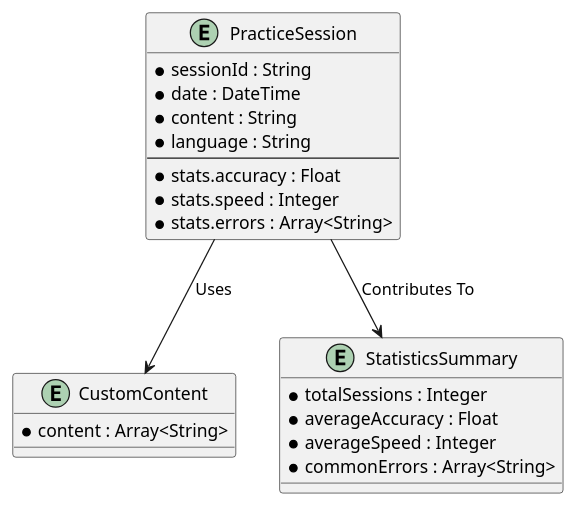
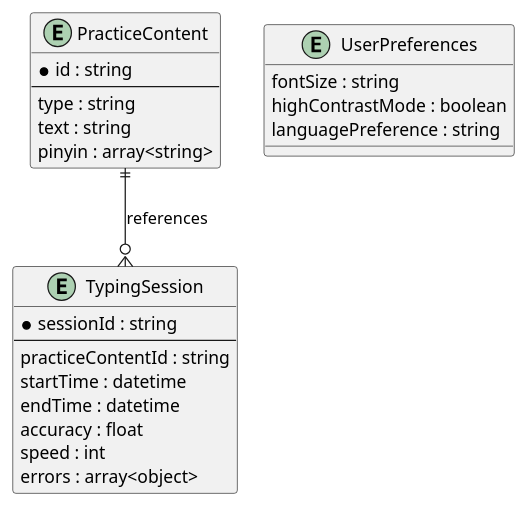
The fifth of 5 diagrams in docs/architecture.md (sjmyuan/typing-practice), drawn with PlantUML before and after one commit. The commit also changed other lines of this file and 2 other files, not shown here.

Commit message:
update instruction and architecture

````diff
--- a/docs/architecture.md
+++ b/docs/architecture.md
@@ -175,29 +174,30 @@
 ```plantuml
 @startuml
-entity "PracticeSession" {
-    * sessionId : String
-    * date : DateTime
-    * content : String
-    * language : String
-    --
-    * stats.accuracy : Float
-    * stats.speed : Integer
-    * stats.errors : Array<String>
+entity PracticeContent {
+  * id : string
+  --
+  type : string
+  text : string
+  pinyin : array<string>
 }
 
-entity "CustomContent" {
-    * content : Array<String>
+entity TypingSession {
+  * sessionId : string
+  --
+  practiceContentId : string
+  startTime : datetime
+  endTime : datetime
+  accuracy : float
+  speed : int
+  errors : array<object>
 }
 
-entity "StatisticsSummary" {
-    * totalSessions : Integer
-    * averageAccuracy : Float
-    * averageSpeed : Integer
-    * commonErrors : Array<String>
+entity UserPreferences {
+  fontSize : string
+  highContrastMode : boolean
+  languagePreference : string
 }
 
-PracticeSession --> CustomContent : "Uses"
-PracticeSession --> StatisticsSummary : "Contributes To"
-
+PracticeContent ||--o{ TypingSession : references
 @enduml
 ```
````
